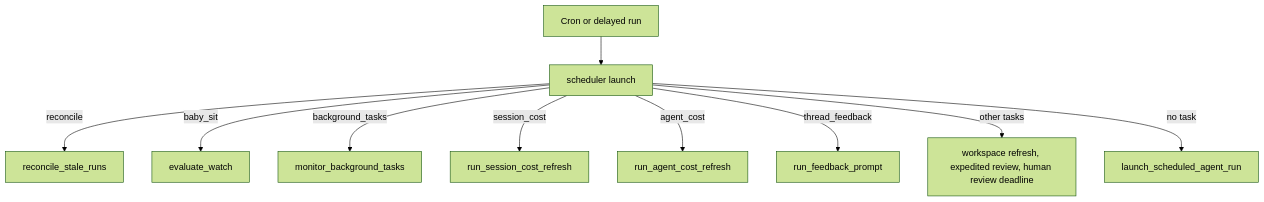
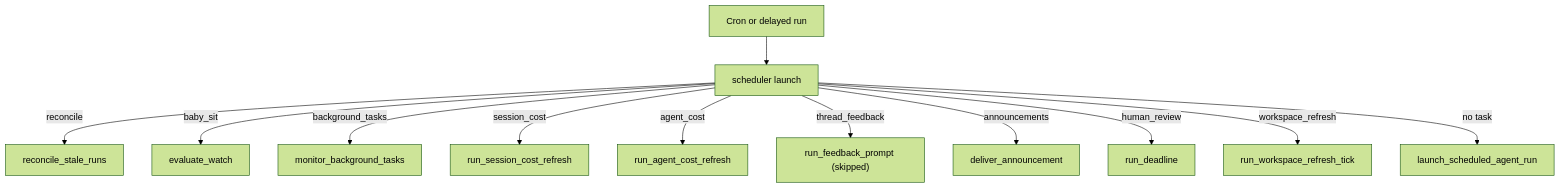
The first of 3 diagrams in openwiki/workflows/scheduling-and-baby-sit.md (langchain-ai/open-swe), drawn with Mermaid (forest theme) before and after one commit. The commit also changed other lines of this file and 44 other files, not shown here.

````diff
--- a/openwiki/workflows/scheduling-and-baby-sit.md
+++ b/openwiki/workflows/scheduling-and-baby-sit.md
@@ -65,12 +63,14 @@
 ```mermaid
 flowchart TD
   Tick["Cron or delayed run"] --> Launch["scheduler launch"]
   Launch -->|reconcile| Reconcile["reconcile_stale_runs"]
   Launch -->|baby_sit| Watch["evaluate_watch"]
   Launch -->|background_tasks| Background["monitor_background_tasks"]
   Launch -->|session_cost| SessionCost["run_session_cost_refresh"]
   Launch -->|agent_cost| AgentCost["run_agent_cost_refresh"]
-  Launch -->|thread_feedback| Feedback["run_feedback_prompt"]
-  Launch -->|other tasks| Other["workspace refresh, expedited review, human review deadline"]
+  Launch -->|thread_feedback| Feedback["run_feedback_prompt (skipped)"]
+  Launch -->|announcements| Announce["deliver_announcement"]
+  Launch -->|human_review| Review["run_deadline"]
+  Launch -->|workspace_refresh| Refresh["run_workspace_refresh_tick"]
   Launch -->|no task| Schedule["launch_scheduled_agent_run"]
 ```
````
